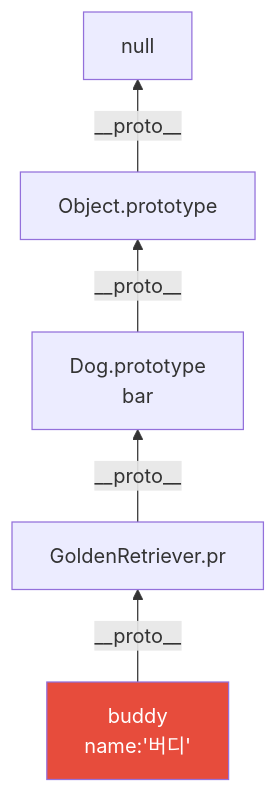
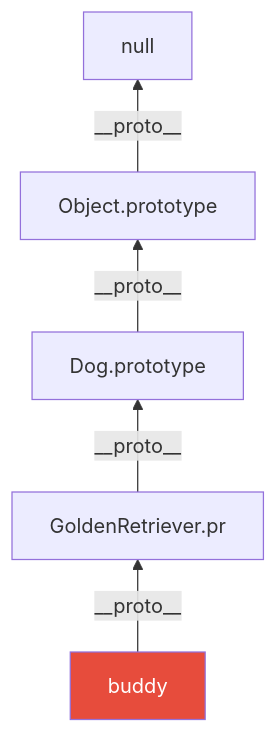
One commit to yjkim2015/yjkim2015.github.io changed the fifth of 6 diagrams in _posts/frontend/2026-05-02-js-prototype.md. Above: the diagram before and after it, drawn with Mermaid. The commit also changed 217 other files, not shown here.

First line of the commit message:
Mermaid 크기 수정: useMaxWidth:true + SVG max-width:100% + 라벨 축소

````diff
--- a/_posts/frontend/2026-05-02-js-prototype.md
+++ b/_posts/frontend/2026-05-02-js-prototype.md
@@ -288,10 +288,10 @@
 ```mermaid
 graph BT
-    BUDDY["buddy\nname:'버디'"]
+    BUDDY["buddy"]
     GR["GoldenRetriever.pr"]
-    DOG["Dog.prototype\nbar"]
-    OBJ["Object.prototype\n"]
+    DOG["Dog.prototype"]
+    OBJ["Object.prototype"]
     NULL[null]
     BUDDY -->|__proto__| GR -->|__proto__| DOG -->|__proto__| OBJ -->|__proto__| NULL
     style BUDDY fill:#e74c3c,color:#fff
 ```
````
